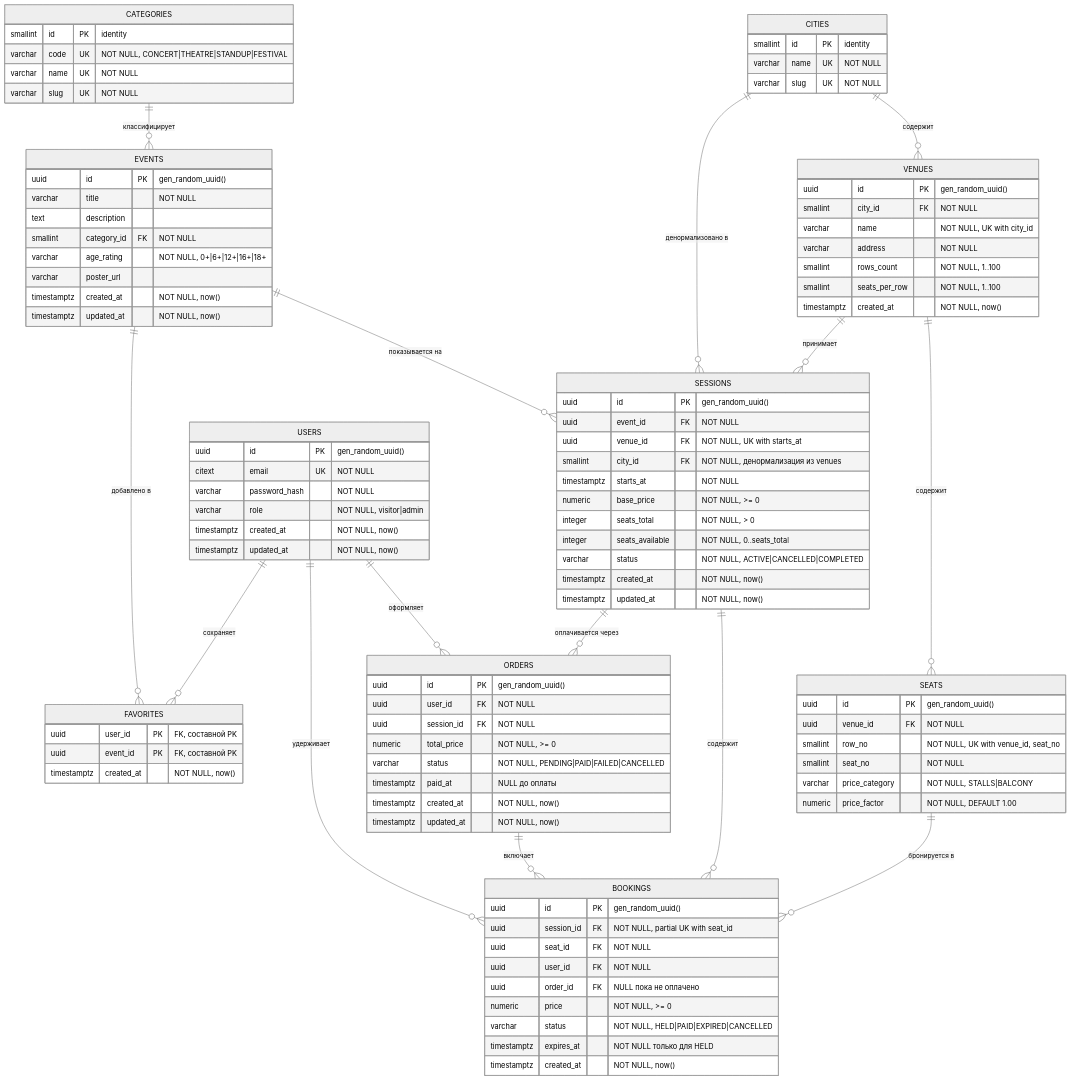
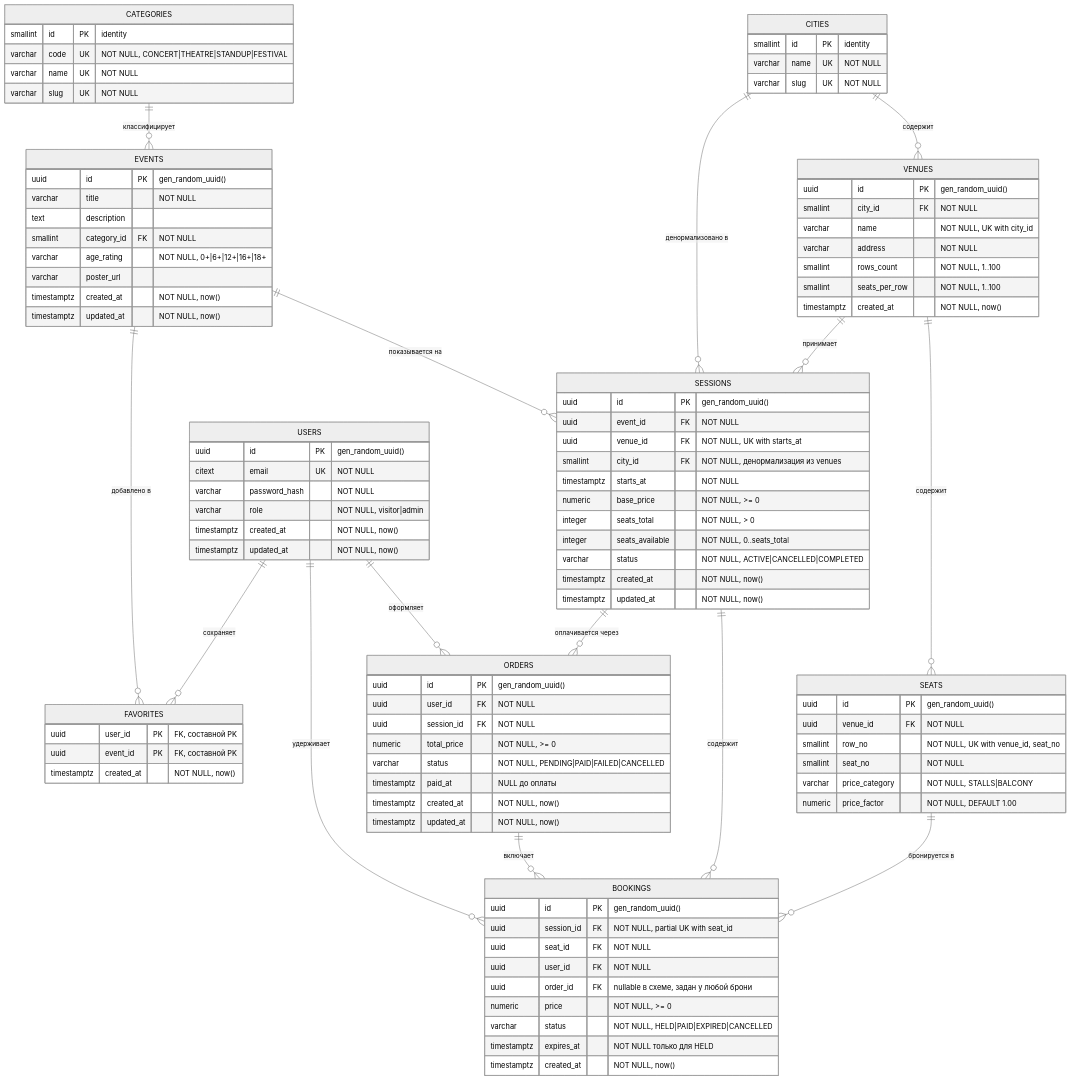
Before and after one commit to StackStorm1/afisha: the diagram in docs/db-schema.md, drawn with Mermaid (neutral theme). The commit also changed other lines of this file and 1 other file, not shown here.

```diff
--- a/docs/db-schema.md
+++ b/docs/db-schema.md
@@ -136,7 +136,7 @@
         uuid session_id FK "NOT NULL, partial UK with seat_id"
         uuid seat_id FK "NOT NULL"
         uuid user_id FK "NOT NULL"
-        uuid order_id FK "NULL пока не оплачено"
+        uuid order_id FK "nullable в схеме, задан у любой брони"
         numeric price "NOT NULL, >= 0"
         varchar status "NOT NULL, HELD|PAID|EXPIRED|CANCELLED"
         timestamptz expires_at "NOT NULL только для HELD"
```
